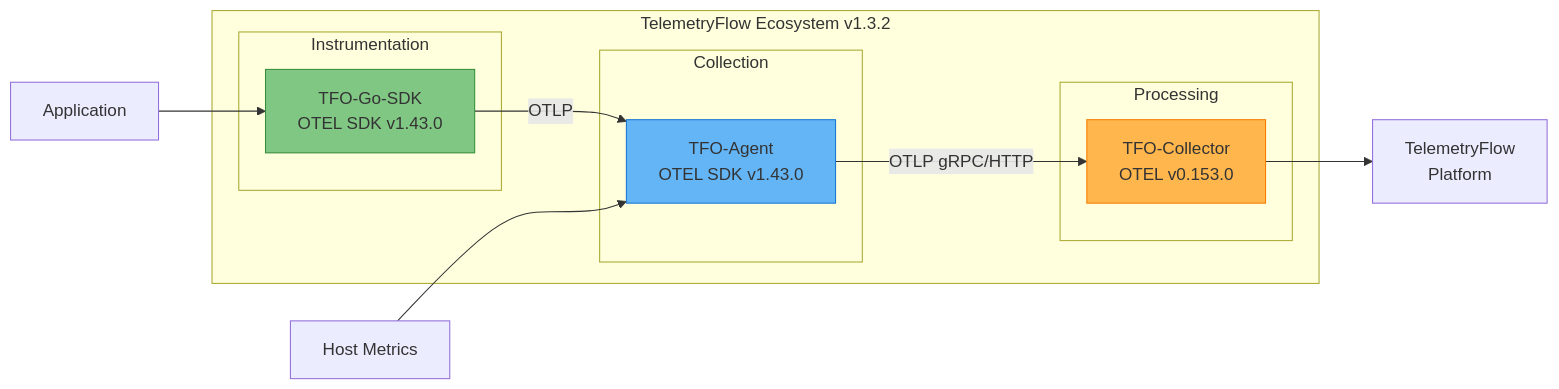
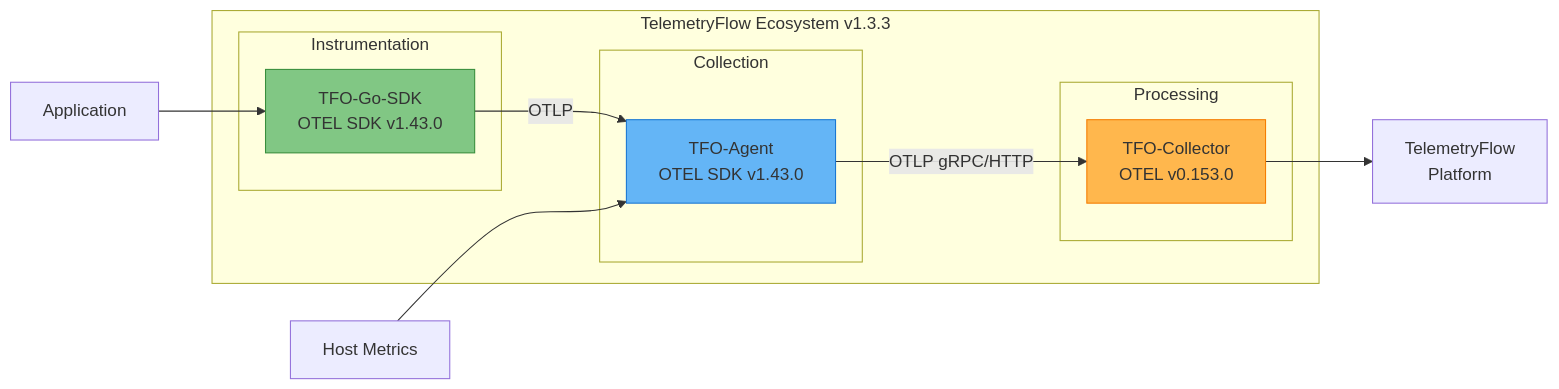
The first of 3 diagrams in docs/README.md (telemetryflow/telemetryflow-agent), drawn with Mermaid before and after one commit. The commit also changed 34 other files, not shown here.

First line of the commit message:
feat(k8s): Cilium/Hubble network-flow ingestion (flagged) + release 1.3.3

````diff
--- a/docs/README.md
+++ b/docs/README.md
@@ -29,26 +29,26 @@
 ```mermaid
 graph LR
-    subgraph "TelemetryFlow Ecosystem v1.3.2"
+    subgraph "TelemetryFlow Ecosystem v1.3.3"
         subgraph "Instrumentation"
             SDK[TFO-Go-SDK<br/>OTEL SDK v1.43.0]
         end
 
         subgraph "Collection"
             AGENT[TFO-Agent<br/>OTEL SDK v1.43.0]
         end
 
         subgraph "Processing"
             COLLECTOR[TFO-Collector<br/>OTEL v0.153.0]
         end
     end
 
     APP[Application] --> SDK
     SDK -->|OTLP| AGENT
     HOST[Host Metrics] --> AGENT
     AGENT -->|OTLP gRPC/HTTP| COLLECTOR
     COLLECTOR --> BACKEND[TelemetryFlow<br/>Platform]
 
     style SDK fill:#81C784,stroke:#388E3C
     style AGENT fill:#64B5F6,stroke:#1976D2
     style COLLECTOR fill:#FFB74D,stroke:#F57C00
 ```
````
